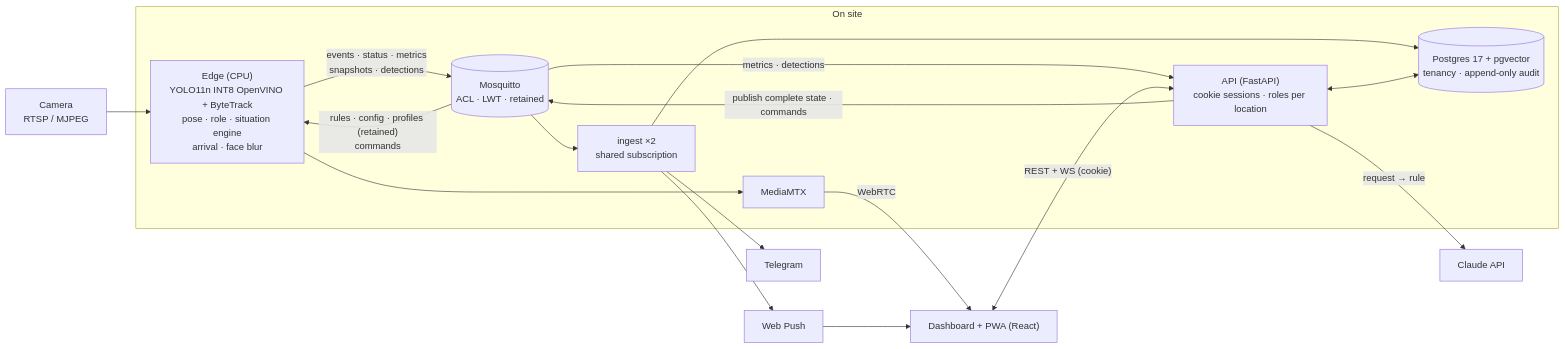
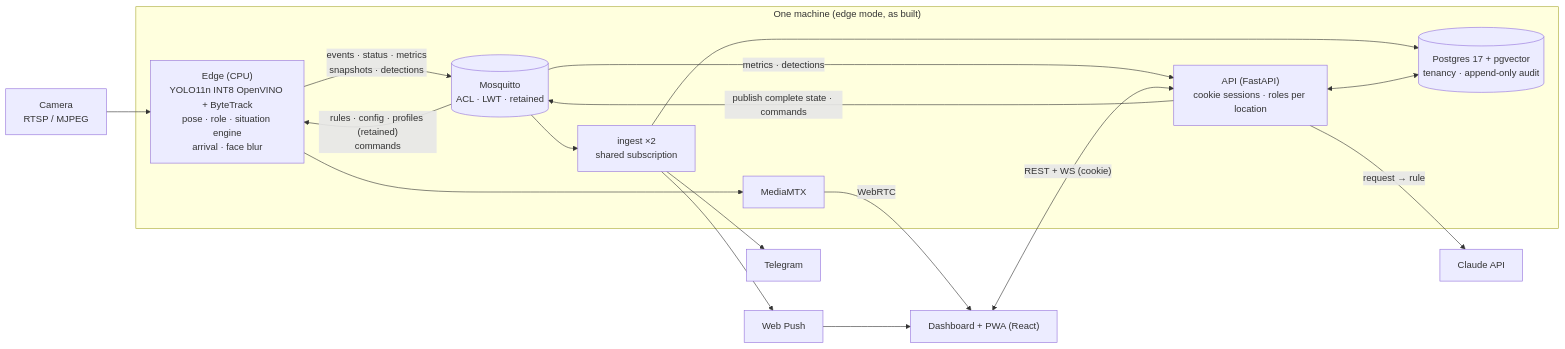
Before and after one commit to mariusbuharu-gsd/aivee: the diagram in README.md, drawn with Mermaid. The commit also changed other lines of this file and 6 other files, not shown here.

````diff
--- a/README.md
+++ b/README.md
@@ -40,24 +49,24 @@
 ```mermaid
 flowchart LR
     cam["Camera<br/>RTSP / MJPEG"] --> edge
-    subgraph site["On site"]
+    subgraph site["One machine (edge mode, as built)"]
         edge["Edge (CPU)<br/>YOLO11n INT8 OpenVINO + ByteTrack<br/>pose · role · situation engine<br/>arrival · face blur"]
         mq[("Mosquitto<br/>ACL · LWT · retained")]
         ing["ingest ×2<br/>shared subscription"]
         pg[("Postgres 17 + pgvector<br/>tenancy · append-only audit")]
         api["API (FastAPI)<br/>cookie sessions · roles per location"]
         mtx["MediaMTX"]
     end
     edge -- "events · status · metrics<br/>snapshots · detections" --> mq
     mq -- "rules · config · profiles (retained)<br/>commands" --> edge
     mq --> ing --> pg
     ing --> tg["Telegram"]
     ing --> wp["Web Push"]
     api <--> pg
     api -- "publish complete state · commands" --> mq
     mq -- "metrics · detections" --> api
     api -- "request → rule" --> claude["Claude API"]
     dash["Dashboard + PWA (React)"] <-- "REST + WS (cookie)" --> api
     edge --> mtx -- WebRTC --> dash
     wp --> dash
 ```
````
